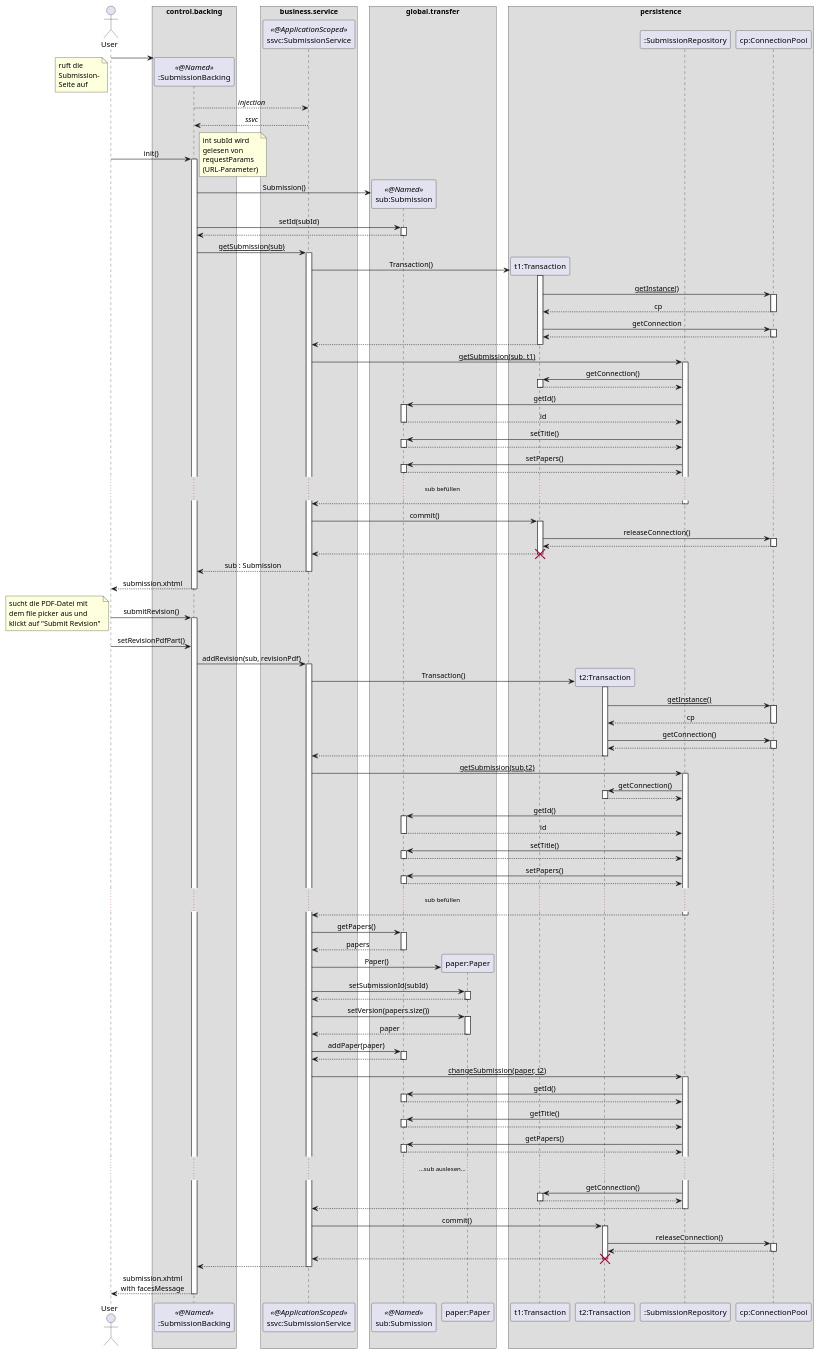
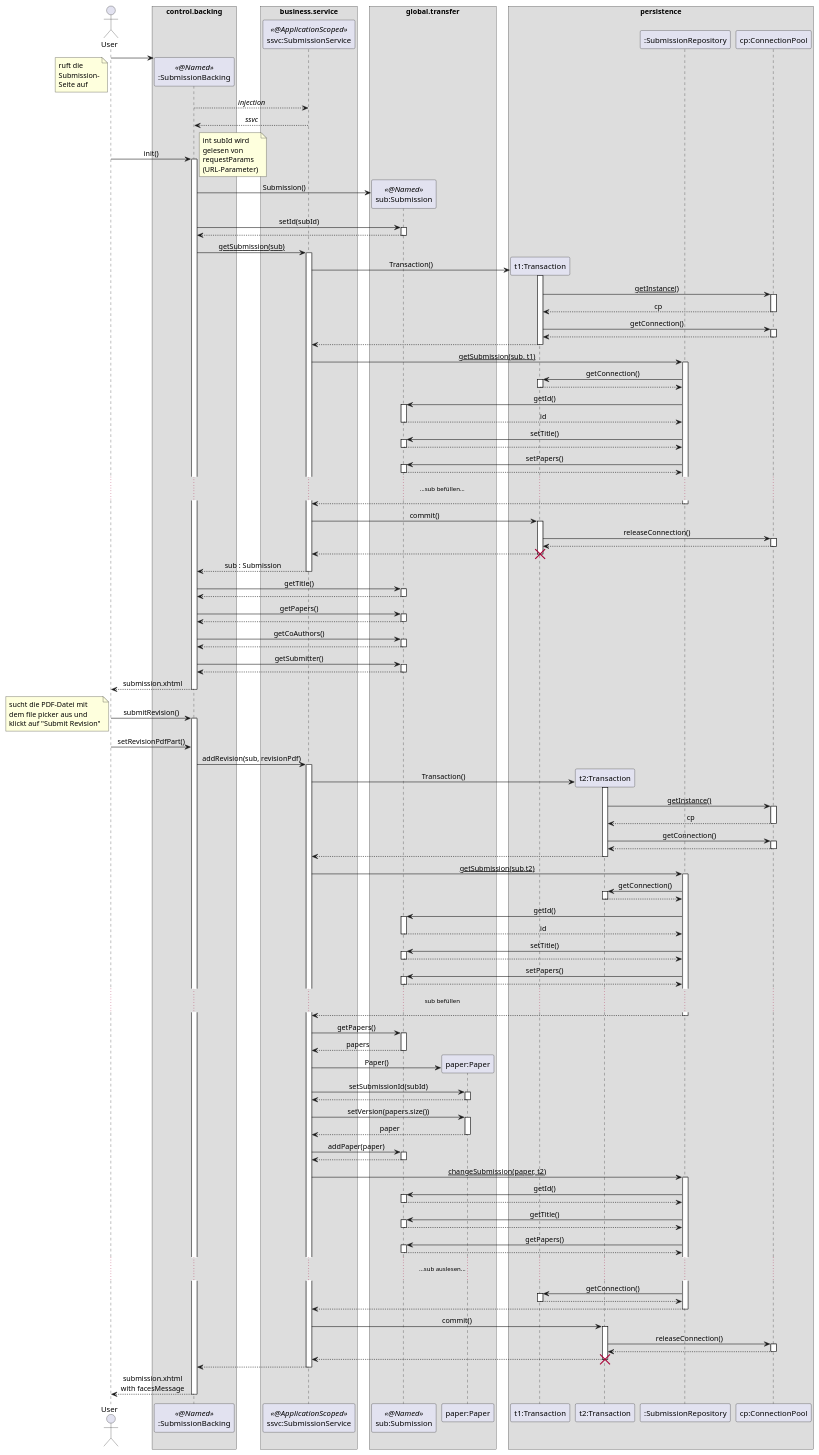
One commit to guersterst/LasEs changed the diagram in docs/Entwurf/puml/upload_revision.puml. Above: the diagram before and after it, drawn with PlantUML.

Commit message:
get more information from sub before rendering submission.xhtml

```diff
--- a/docs/Entwurf/puml/upload_revision.puml
+++ b/docs/Entwurf/puml/upload_revision.puml
@@ -1,166 +1,174 @@
 @startuml
 'https://plantuml.com/sequence-diagram
 
 '!theme aws-orange
 skinparam sequenceMessageAlign center
 skinparam BoxPadding 10
 'skinparam LifelineStrategy nosolid
 'autonumber
 'autoactivate on
 'hide footbox
 
 actor User as user
 
 box "control.backing"
     participant ":SubmissionBacking" as sb << @Named >>
 end box
 'box "???"
 '    participant ":ResourceBundle" as rscBundle
 'end box
 box "business.service"
     participant "ssvc:SubmissionService" as ssvc << @ApplicationScoped >>
 end box
 box "global.transfer"
     participant "sub:Submission" as sub << @Named >>
     participant "paper:Paper" as paper
 end box
 box persistence
     participant "t1:Transaction" as t1
     participant "t2:Transaction" as t2
     participant ":SubmissionRepository" as sr
     participant "cp:ConnectionPool" as cp
 end box
 
 create sb
 user -> sb
 note left
     ruft die
     Submission-
     Seite auf
 end note
 sb --> ssvc : //injection//
 return //ssvc//
 user -> sb : init()
 activate sb
     note right
         int subId wird
         gelesen von
         requestParams
         (URL-Parameter)
     end note
     sb -> sub ** : Submission()
     sb -> sub : setId(subId)
     activate sub
     return
     sb -> ssvc : __getSubmission(sub)__
     activate ssvc
         ssvc -> t1 ** : Transaction()
         activate t1
             t1 -> cp : __getInstance()__
             activate cp
             return cp
-            t1 -> cp : getConnection
+            t1 -> cp : getConnection()
             activate cp
             return
         return
         ssvc -> sr : __getSubmission(sub, t1)__
         activate sr
             sr -> t1 ++ : getConnection()
             return
             sr -> sub : getId()
             activate sub
             return id
             sr -> sub : setTitle()
             activate sub
             return
             sr -> sub : setPapers()
             activate sub
             return
-            ...sub befüllen...
+            ......sub befüllen......
         return
         ssvc -> t1 ++ : commit()
             t1 -> cp ++ : releaseConnection()
             return
         return
         destroy t1
     return sub : Submission
+    sb -> sub ++ : getTitle()
+    return
+    sb -> sub ++ : getPapers()
+    return
+    sb -> sub ++ : getCoAuthors()
+    return
+    sb -> sub ++ : getSubmitter()
+    return
 return submission.xhtml
 user -> sb : submitRevision()
 activate sb
     note left
         sucht die PDF-Datei mit
         dem file picker aus und
         klickt auf "Submit Revision"
     end note
     user -> sb : setRevisionPdfPart()
 
     sb -> ssvc : addRevision(sub, revisionPdf)
     activate ssvc
         ssvc -> t2 ** : Transaction()
         activate t2
             t2 -> cp : __getInstance()__
             activate cp
             return cp
             t2 -> cp : getConnection()
             activate cp
             return
         return
         ssvc -> sr : __getSubmission(sub,t2)__
         activate sr
             sr -> t2 ++ : getConnection()
             return
             sr -> sub : getId()
             activate sub
             return id
             sr -> sub : setTitle()
             activate sub
             return
             sr -> sub : setPapers()
             activate sub
             return
             ...sub befüllen...
         return
         ssvc -> sub : getPapers()
         activate sub
         return papers
         ssvc -> paper ** : Paper()
         ssvc -> paper : setSubmissionId(subId)
         activate paper
         return
         ssvc -> paper : setVersion(papers.size())
         activate paper
         return paper
         ssvc -> sub : addPaper(paper)
         activate sub
         return
 
         ssvc -> sr : __changeSubmission(paper, t2)__
         activate sr
             sr -> sub ++ : getId()
             return
             sr -> sub ++ : getTitle()
             return
             sr -> sub ++ : getPapers()
             return
             ......sub auslesen......
             sr -> t1 ++ : getConnection()
             return
         return
 
         ssvc -> t2 ++ : commit()
             t2 -> cp ++ : releaseConnection()
             return
         return
         destroy t2
     return
 
 '    subBacking -> rscBundle : getAddRevision\\\nConfirmationMsg()
 '    activate rscBundle
 '    return msg
 
 return submission.xhtml\nwith facesMessage
 
 
 
 
 @enduml
```
